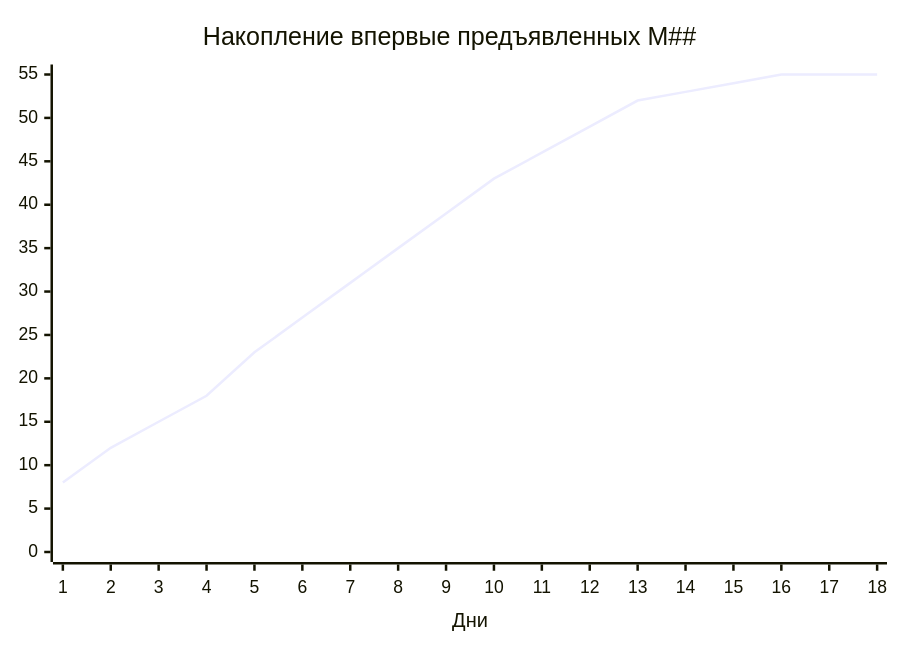
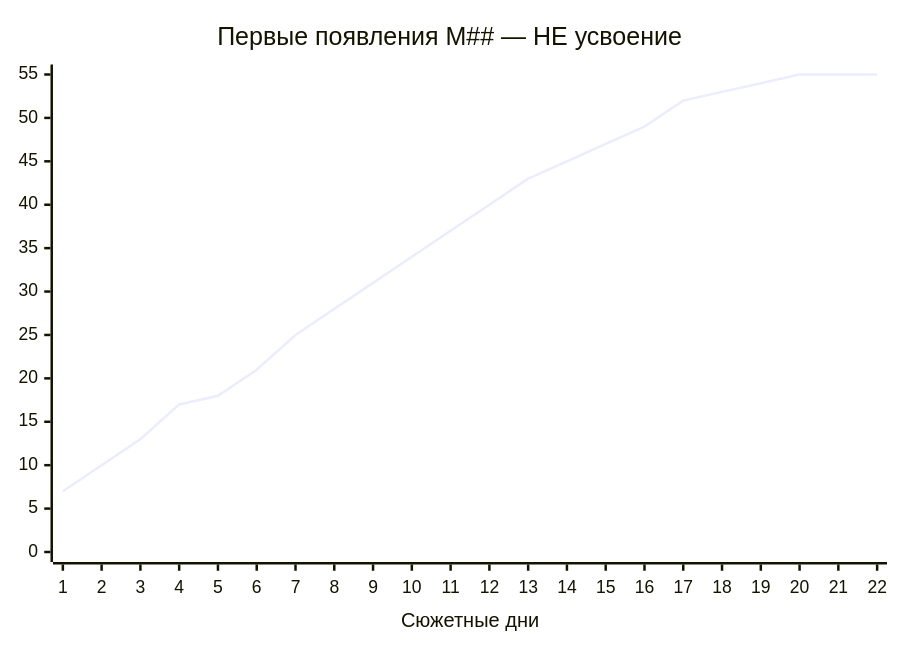
One commit to ExecBit/language-life-sim changed the second of 5 diagrams in implementations/story_rpg/docs/ACT_DAY_PROGRESSION_MAP.md. Above: the diagram before and after it, drawn with Mermaid. The commit also changed other lines of this file, not shown here.

````diff
--- a/implementations/story_rpg/docs/ACT_DAY_PROGRESSION_MAP.md
+++ b/implementations/story_rpg/docs/ACT_DAY_PROGRESSION_MAP.md
@@ -62,7 +69,7 @@
 ```mermaid
 xychart-beta
-    title "Накопление впервые предъявленных M##"
-    x-axis "Дни" [1, 2, 3, 4, 5, 6, 7, 8, 9, 10, 11, 12, 13, 14, 15, 16, 17, 18]
+    title "Первые появления M## — НЕ усвоение"
+    x-axis "Сюжетные дни" [1, 2, 3, 4, 5, 6, 7, 8, 9, 10, 11, 12, 13, 14, 15, 16, 17, 18, 19, 20, 21, 22]
     y-axis 0 --> 55
-    line [8, 12, 15, 18, 23, 27, 31, 35, 39, 43, 46, 49, 52, 53, 54, 55, 55, 55]
+    line [7, 10, 13, 17, 18, 21, 25, 28, 31, 34, 37, 40, 43, 45, 47, 49, 52, 53, 54, 55, 55, 55]
 ```
````
